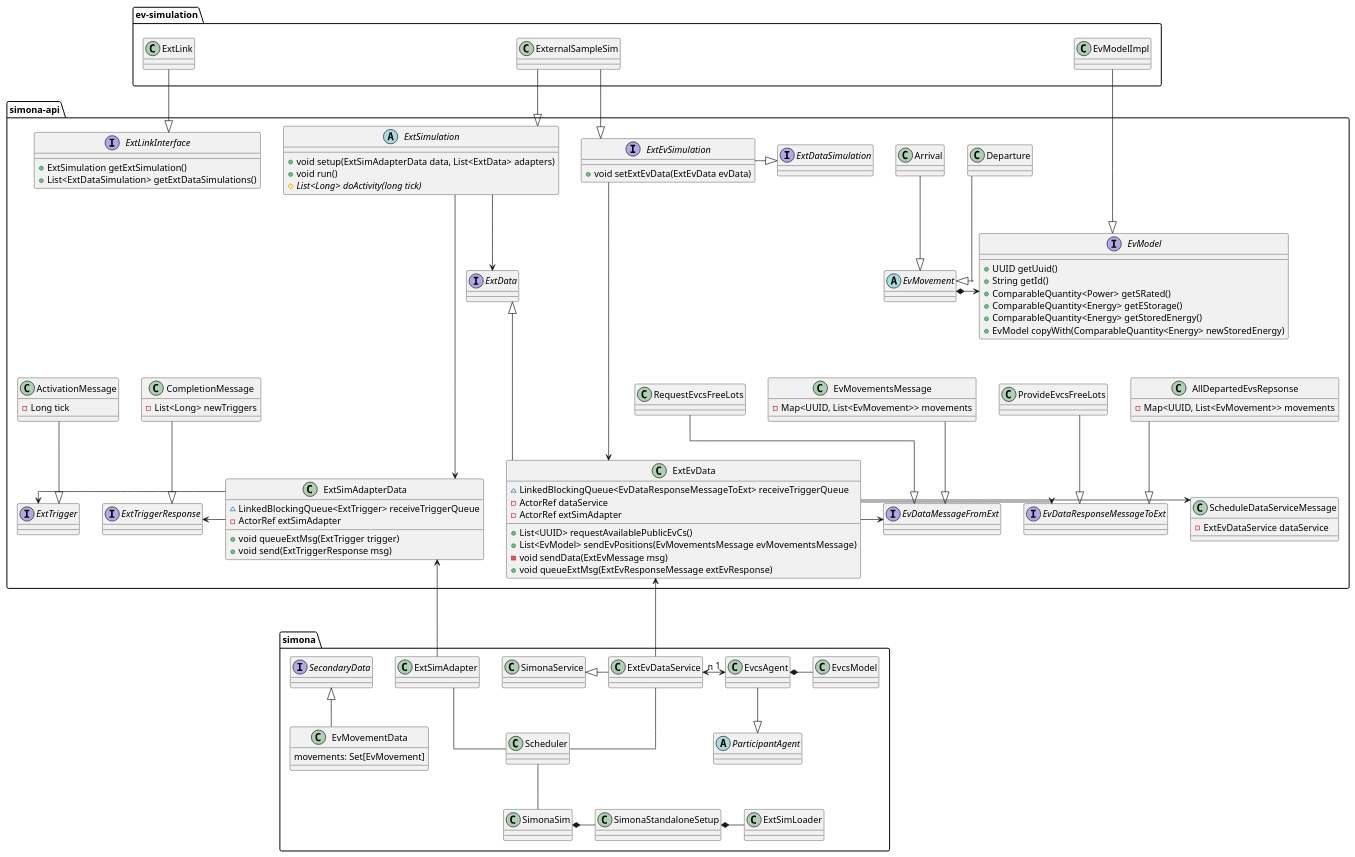
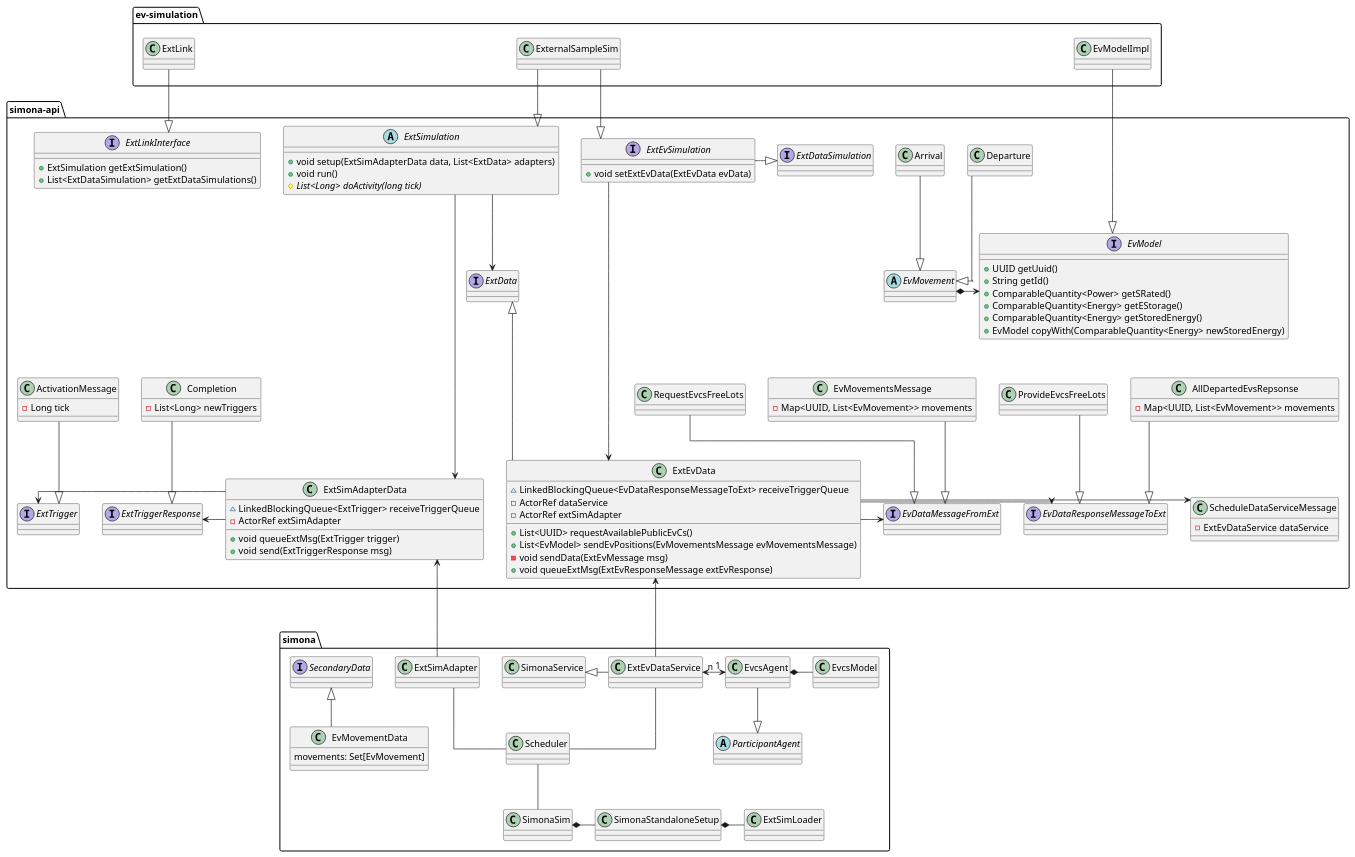
Before and after one commit to ie3-institute/simona: the diagram in docs/uml/main/ExtEvSimulationClasses.puml, drawn with PlantUML. The commit also changed 6 other files, not shown here.

Commit message:
Renamed UML variables ActivityStartTrigger, ScheduleTriggerMessage, CompletionMessage

```diff
--- a/docs/uml/main/ExtEvSimulationClasses.puml
+++ b/docs/uml/main/ExtEvSimulationClasses.puml
@@ -164,10 +164,10 @@
     ActivationMessage --|> ExtTrigger
 
     interface ExtTriggerResponse
-    class CompletionMessage {
+    class Completion {
         - List<Long> newTriggers
     }
-    CompletionMessage --|> ExtTriggerResponse
+    Completion --|> ExtTriggerResponse
 
     ExtTrigger -[hidden]> ExtTriggerResponse
     ExtTrigger <- ExtSimAdapterData
```
